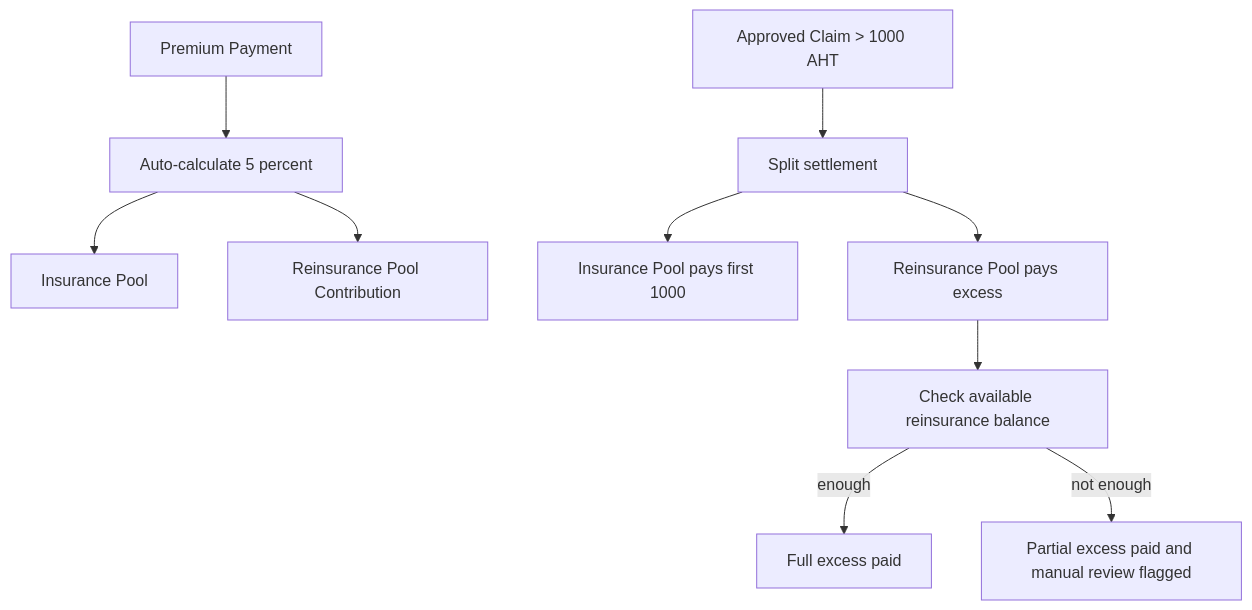
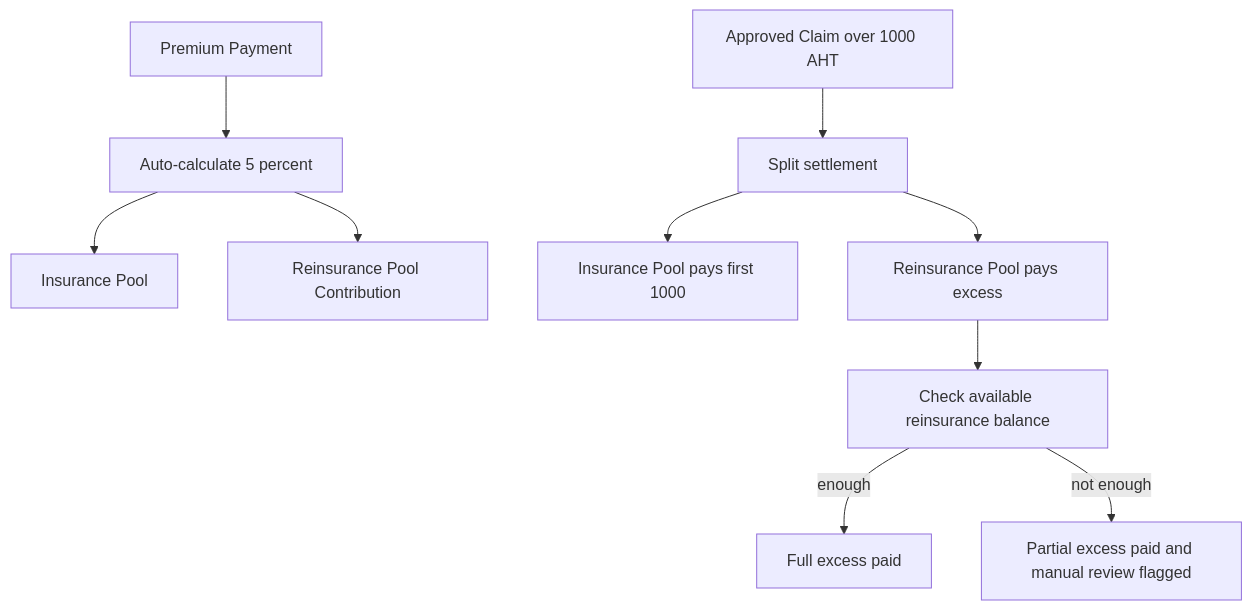
One commit to tejirijesse/aht-blockchain-summative changed the eighth of 9 diagrams in docs/SYSTEM_DESIGN_DIAGRAM.md. Above: the diagram before and after it, drawn with Mermaid. The commit also changed other lines of this file and 1 other file, not shown here.

````diff
--- a/docs/SYSTEM_DESIGN_DIAGRAM.md
+++ b/docs/SYSTEM_DESIGN_DIAGRAM.md
@@ -122,13 +125,13 @@
 ```mermaid
 flowchart TD
     PREM[Premium Payment] --> ROUTE[Auto-calculate 5 percent]
     ROUTE --> INSPOOL[Insurance Pool]
     ROUTE --> REPOOL[Reinsurance Pool Contribution]
 
-    CLAIM[Approved Claim > 1000 AHT] --> SPLIT[Split settlement]
+    CLAIM[Approved Claim over 1000 AHT] --> SPLIT[Split settlement]
     SPLIT --> PAY1[Insurance Pool pays first 1000]
     SPLIT --> PAY2[Reinsurance Pool pays excess]
     PAY2 --> CHECK[Check available reinsurance balance]
     CHECK -->|enough| FULL[Full excess paid]
     CHECK -->|not enough| PARTIAL[Partial excess paid and manual review flagged]
 ```
````
